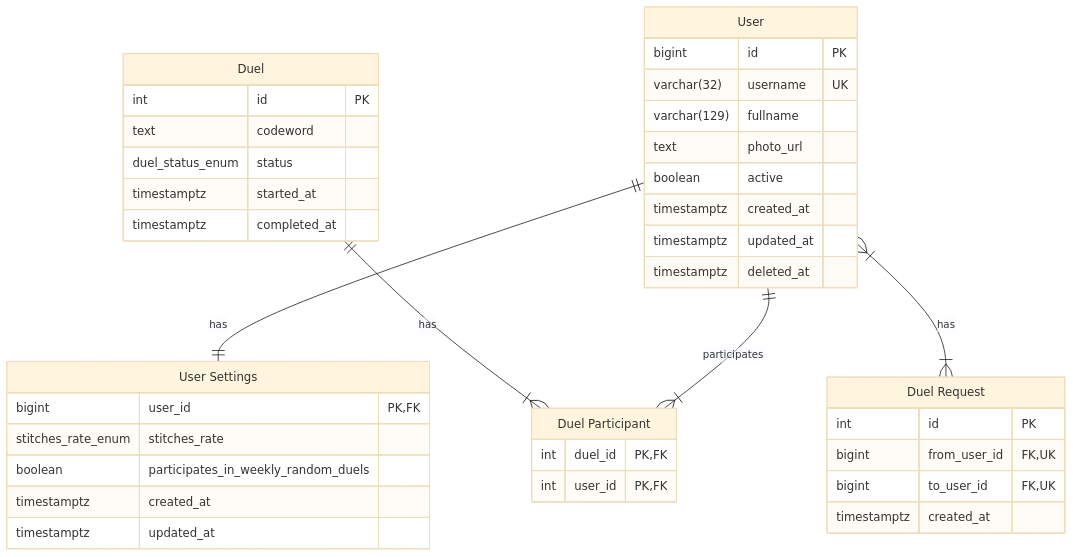
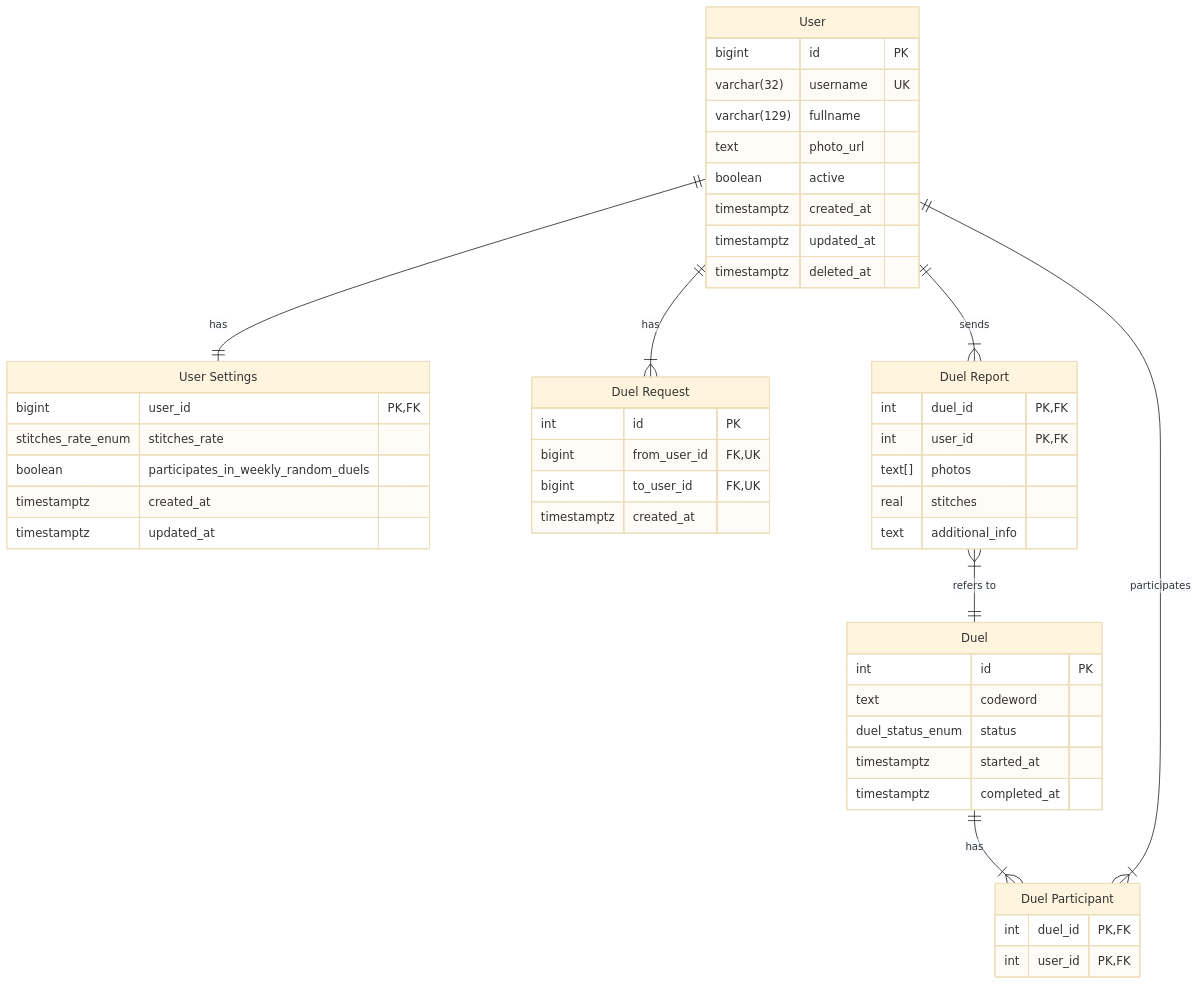
Before and after one commit to niusia-ua/cross-stitch-dueling-bot: the diagram in docs/database.md, drawn with Mermaid (base theme). The commit also changed 16 other files, not shown here.

````diff
--- a/docs/database.md
+++ b/docs/database.md
@@ -3,48 +3,59 @@
 ```mermaid
 erDiagram
   "User" {
     bigint id PK
     varchar(32) username UK
     varchar(129) fullname
     text photo_url
     boolean active
     timestamptz created_at
     timestamptz updated_at
     timestamptz deleted_at
   }
 
   "User Settings" {
     bigint user_id PK, FK
     stitches_rate_enum stitches_rate
     boolean participates_in_weekly_random_duels
     timestamptz created_at
     timestamptz updated_at
   }
 
   "Duel" {
     int id PK
     text codeword
     duel_status_enum status
     timestamptz started_at
     timestamptz completed_at
   }
 
   "Duel Request" {
     int id PK
     bigint from_user_id FK, UK
     bigint to_user_id FK, UK
     timestamptz created_at
   }
 
   "Duel Participant" {
     int duel_id PK, FK
     int user_id PK, FK
   }
 
+  "Duel Report" {
+    int duel_id PK, FK
+    int user_id PK, FK
+    text[] photos
+    real stitches
+    text additional_info
+  }
+
   "User" ||--|| "User Settings" : "has"
 
   "Duel" ||--|{ "Duel Participant" : "has"
   "User" ||--|{ "Duel Participant" : "participates"
 
-  "User" }|--|{ "Duel Request" : "has"
+  "User" ||--|{ "Duel Request" : "has"
+
+  "Duel Report" }|--|| "Duel" : "refers to"
+  "User" ||--|{ "Duel Report" : "sends"
 ```
````
